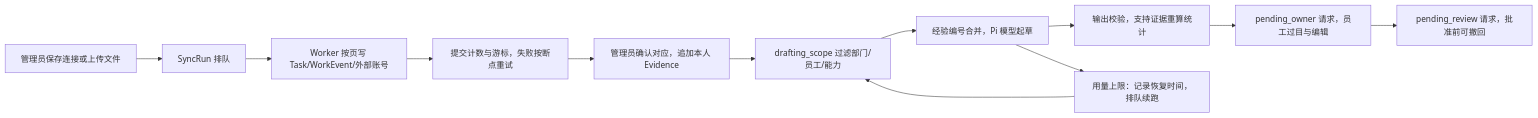
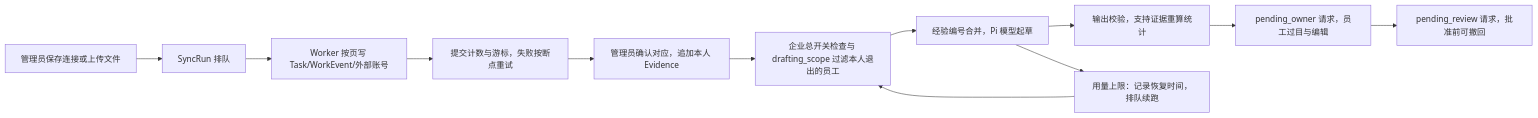
One commit to ft1148137/employee-profile-platform changed the fourth of 4 diagrams in docs/architecture.md. Above: the diagram before and after it, drawn with Mermaid. The commit also changed other lines of this file and 4 other files, not shown here.

````diff
--- a/docs/architecture.md
+++ b/docs/architecture.md
@@ -287,14 +287,14 @@
 ```mermaid
 flowchart LR
     A[管理员保存连接或上传文件] --> B[SyncRun 排队]
     B --> C[Worker 按页写 Task/WorkEvent/外部账号]
     C --> D[提交计数与游标，失败按断点重试]
     D --> E[管理员确认对应，追加本人 Evidence]
-    E --> F[drafting_scope 过滤部门/员工/能力]
+    E --> F[企业总开关检查与 drafting_scope 过滤本人退出的员工]
     F --> G[经验编号合并，Pi 模型起草]
     G --> H[输出校验，支持证据重算统计]
     H --> I[pending_owner 请求，员工过目与编辑]
     I --> K[pending_review 请求，批准前可撤回]
     G --> J[用量上限：记录恢复时间，排队续跑]
     J --> F
 ```
````
